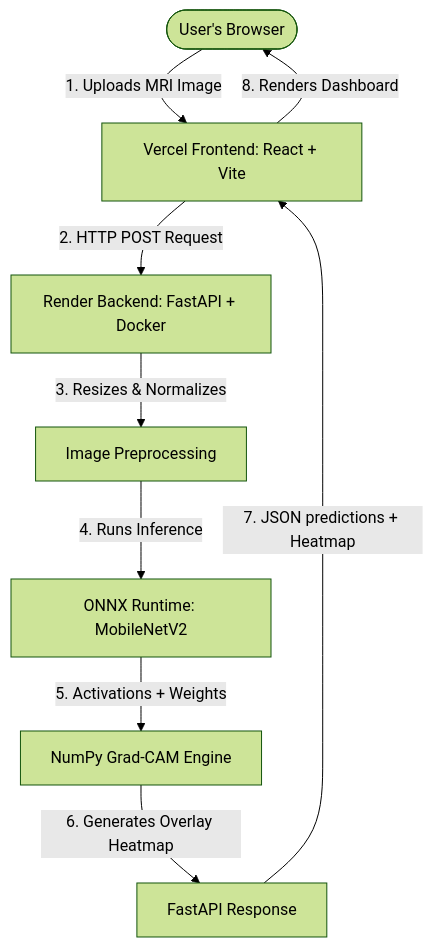
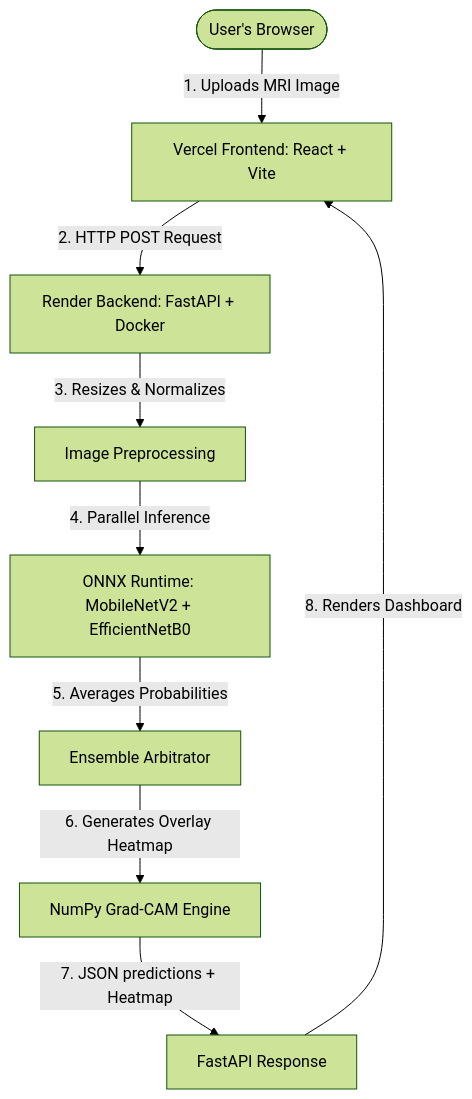
The diagram in README.md (adoreashu/Brain-Tumor-Detection), drawn with Mermaid (forest theme) before and after one commit. The commit also changed other lines of this file, not shown here.

Commit message:
Update README with Ensemble Architecture, Clean Label Noise, and UI rebranding details

````diff
--- a/README.md
+++ b/README.md
@@ -18,11 +19,11 @@
 ```mermaid
 graph TD
     User([User's Browser]) -->|1. Uploads MRI Image| Frontend[Vercel Frontend: React + Vite]
     Frontend -->|2. HTTP POST Request| Backend[Render Backend: FastAPI + Docker]
     Backend -->|3. Resizes & Normalizes| Preprocess[Image Preprocessing]
-    Preprocess -->|4. Runs Inference| ONNX[ONNX Runtime: MobileNetV2]
-    ONNX -->|5. Activations + Weights| GradCAM[NumPy Grad-CAM Engine]
-    GradCAM -->|6. Generates Overlay Heatmap| Response[FastAPI Response]
-    Response -->|7. JSON predictions + Heatmap| Frontend
-    Frontend -->|8. Renders Dashboard| User
+    Preprocess -->|4. Parallel Inference| Ensemble[ONNX Runtime: MobileNetV2 + EfficientNetB0]
+    Ensemble -->|5. Averages Probabilities| Arbiter[Ensemble Arbitrator]
+    Arbiter -->|6. Generates Overlay Heatmap| GradCAM[NumPy Grad-CAM Engine]
+    GradCAM -->|7. JSON predictions + Heatmap| Response[FastAPI Response]
+    Response -->|8. Renders Dashboard| Frontend
 ```
````
